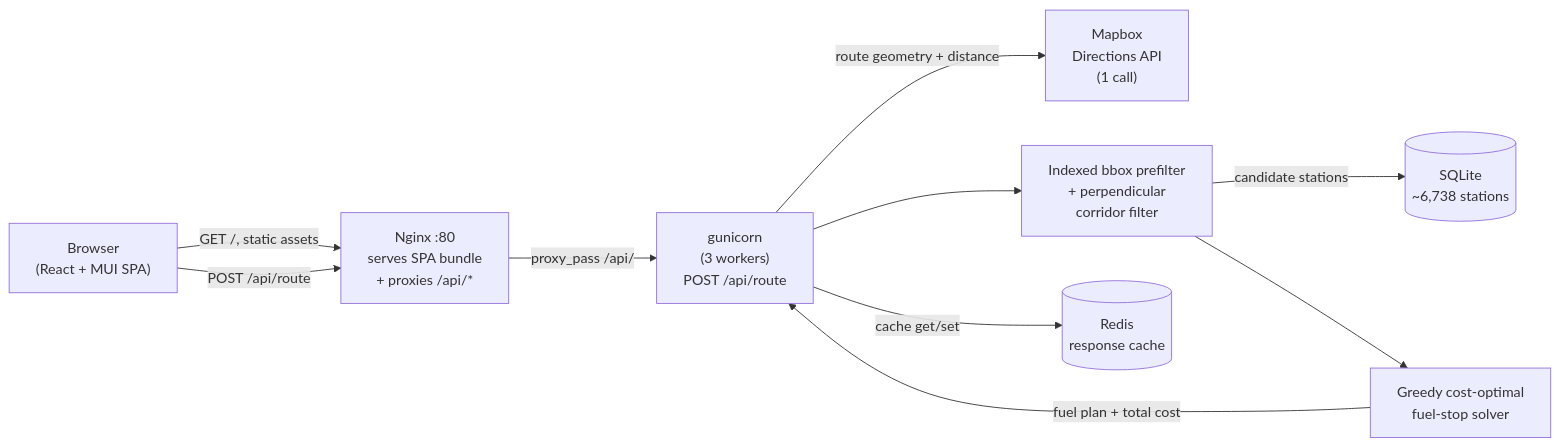
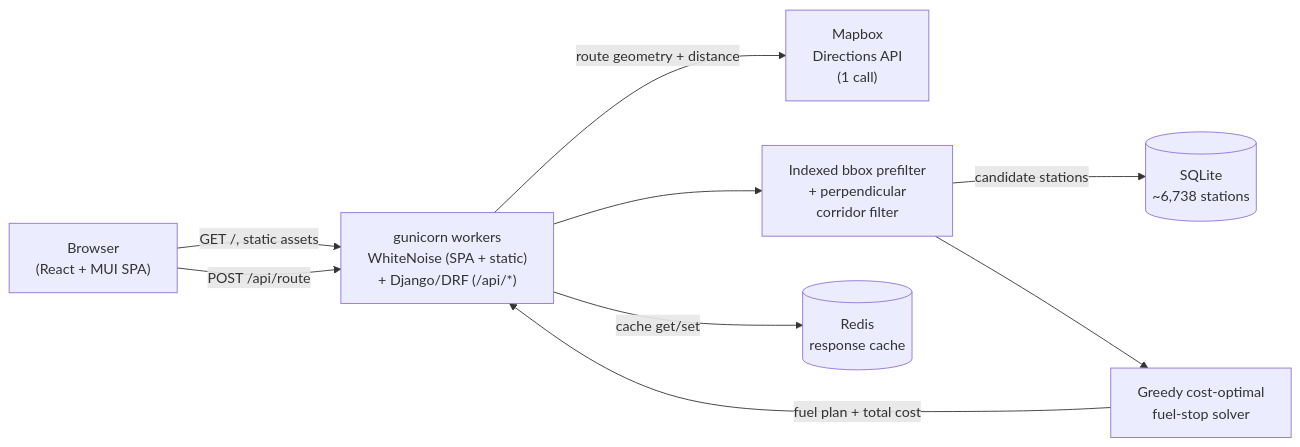
One commit to jadrianports/tankwise changed the first of 2 diagrams in README.md. Above: the diagram before and after it, drawn with Mermaid. The commit also changed other lines of this file, not shown here.

````diff
--- a/README.md
+++ b/README.md
@@ -48,21 +48,19 @@
 ```mermaid
 flowchart LR
     Browser["Browser<br/>(React + MUI SPA)"]
-    Nginx["Nginx :80<br/>serves SPA bundle<br/>+ proxies /api/*"]
-    Gunicorn["gunicorn<br/>(3 workers)<br/>POST /api/route"]
+    Gunicorn["gunicorn workers<br/>WhiteNoise (SPA + static)<br/>+ Django/DRF (/api/*)"]
     Mapbox["Mapbox<br/>Directions API<br/>(1 call)"]
     Corridor["Indexed bbox prefilter<br/>+ perpendicular<br/>corridor filter"]
     Solver["Greedy cost-optimal<br/>fuel-stop solver"]
     Redis[("Redis<br/>response cache")]
     SQLite[("SQLite<br/>~6,738 stations")]
 
-    Browser -- "GET /, static assets" --> Nginx
-    Browser -- "POST /api/route" --> Nginx
-    Nginx -- "proxy_pass /api/" --> Gunicorn
+    Browser -- "GET /, static assets" --> Gunicorn
+    Browser -- "POST /api/route" --> Gunicorn
     Gunicorn -- "cache get/set" --> Redis
     Gunicorn -- "route geometry + distance" --> Mapbox
     Gunicorn --> Corridor
     Corridor -- "candidate stations" --> SQLite
     Corridor --> Solver
     Solver -- "fuel plan + total cost" --> Gunicorn
 ```
````
